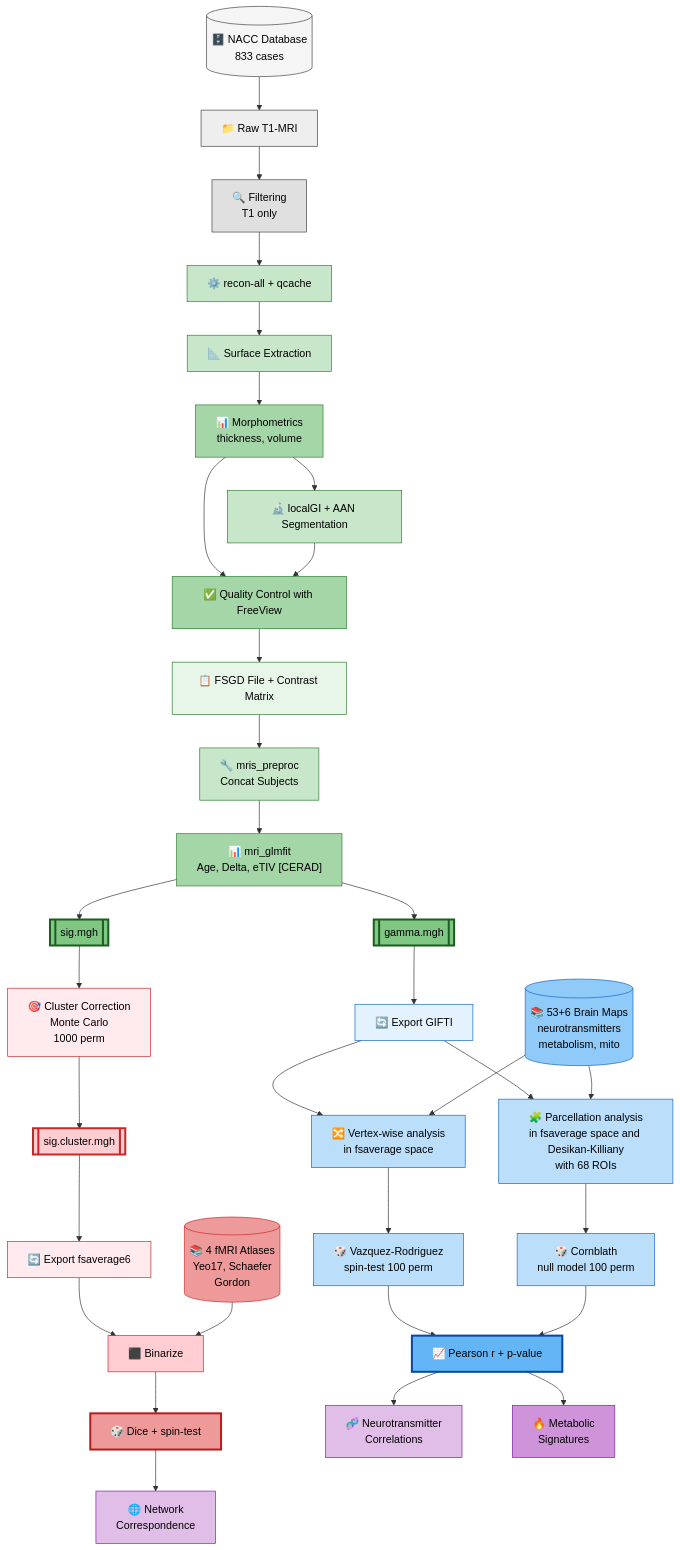
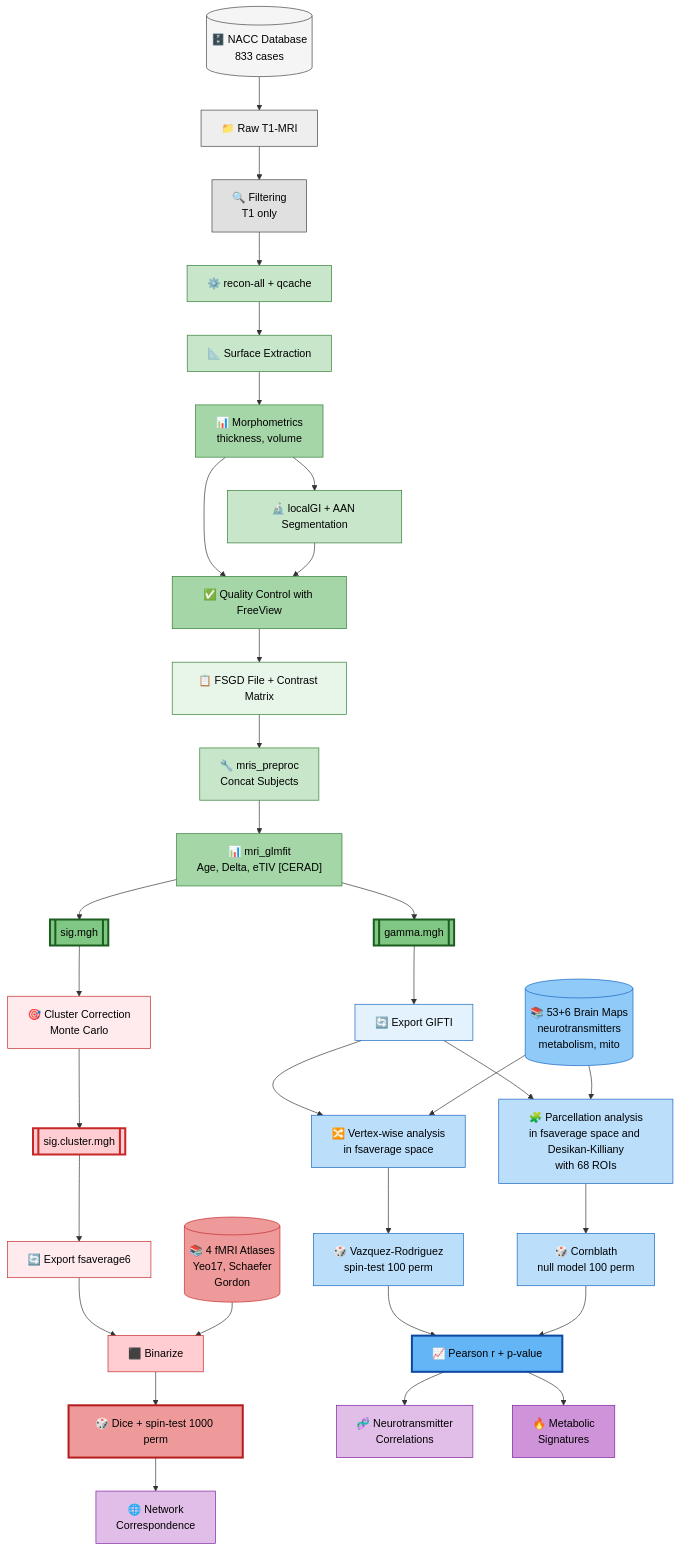
Before and after one commit to luisAraujo11/Thesis: the diagram in README.md, drawn with Mermaid.

Commit message:
Final MD

````diff
--- a/README.md
+++ b/README.md
@@ -20,82 +20,82 @@
 ```mermaid
 flowchart TD
     %% DATA INPUT
     A1[("🗄️ NACC Database<br/>833 cases")] --> A2["📁 Raw T1-MRI"] --> A3["🔍 Filtering<br/>T1 only"]
     
     %% FREESURFER
     A3 --> B1["⚙️ recon-all + qcache"]
     B1 --> B2["📐 Surface Extraction"] --> B3["📊 Morphometrics<br/>thickness, volume"]
     B3 --> B4["🔬 localGI + AAN Segmentation"]
     B3 --> B5["✅ Quality Control with FreeView"]
     B4 --> B5
     
     %% GROUP ANALYSIS
     B5 --> C1["📋 FSGD File + Contrast Matrix"]
     C1 --> C2["🔧 mris_preproc<br/>Concat Subjects"] --> C3["📊 mri_glmfit<br/>Age, Delta, eTIV [CERAD]"]
     C3 --> C4[["gamma.mgh"]]
     C3 --> C5[["sig.mgh"]]
     
     %% NEUROMAPS BRANCH - TWO PATHS
     C4 --> D1["🔄 Export GIFTI"]
     
     %% Vertex-wise path
     D1 --> D2a["🔀 Vertex-wise analysis<br/> in fsaverage space"]
     D3[("📚 53+6 Brain Maps<br/>neurotransmitters<br/>metabolism, mito")] --> D2a
     D2a --> D4a["🎲 Vazquez-Rodriguez<br/>spin-test 100 perm"]
     
     %% Parcellated path
     D1 --> D2b["🧩 Parcellation analysis<br/>in fsaverage space and Desikan-Killiany<br/>with 68 ROIs"]
     D3 --> D2b
     D2b --> D4b["🎲 Cornblath<br/>null model 100 perm"]
     
     %% Merge results
     D4a --> D5["📈 Pearson r + p-value"]
     D4b --> D5
     
     %% NCT BRANCH
-    C5 --> E1["🎯 Cluster Correction<br/>Monte Carlo<br/>1000 perm"] --> E2[["sig.cluster.mgh"]]
+    C5 --> E1["🎯 Cluster Correction<br/>Monte Carlo"] --> E2[["sig.cluster.mgh"]]
     E2 --> E3["🔄 Export fsaverage6"] --> E4["⬛ Binarize"]
     E5[("📚 4 fMRI Atlases<br/>Yeo17, Schaefer<br/>Gordon")] --> E4
-    E4 --> E6["🎲 Dice + spin-test"]
+    E4 --> E6["🎲 Dice + spin-test 1000 perm"]
     
     %% RESULTS
     D5 --> F1["🧬 Neurotransmitter<br/>Correlations"]
     D5 --> F2["🔥 Metabolic<br/>Signatures"]
     E6 --> F3["🌐 Network<br/>Correspondence"]
     
     %% STYLING
     style A1 fill:#f5f5f5,stroke:#424242,color:#000
     style A2 fill:#eeeeee,stroke:#424242,color:#000
     style A3 fill:#e0e0e0,stroke:#424242,color:#000
     
     style B1 fill:#c8e6c9,stroke:#2e7d32,color:#000
     style B2 fill:#c8e6c9,stroke:#2e7d32,color:#000
     style B3 fill:#a5d6a7,stroke:#2e7d32,color:#000
     style B4 fill:#c8e6c9,stroke:#2e7d32,color:#000
     style B5 fill:#a5d6a7,stroke:#2e7d32,color:#000
     
     style C1 fill:#e8f5e9,stroke:#2e7d32,color:#000
     style C2 fill:#c8e6c9,stroke:#2e7d32,color:#000
     style C3 fill:#a5d6a7,stroke:#2e7d32,color:#000
     style C4 fill:#81c784,stroke:#1b5e20,color:#000,stroke-width:3px
     style C5 fill:#81c784,stroke:#1b5e20,color:#000,stroke-width:3px
     
     style D1 fill:#e3f2fd,stroke:#1565c0,color:#000
     style D2a fill:#bbdefb,stroke:#1565c0,color:#000
     style D2b fill:#bbdefb,stroke:#1565c0,color:#000
     style D3 fill:#90caf9,stroke:#1565c0,color:#000
     style D4a fill:#bbdefb,stroke:#1565c0,color:#000
     style D4b fill:#bbdefb,stroke:#1565c0,color:#000
     style D5 fill:#64b5f6,stroke:#0d47a1,color:#000,stroke-width:3px
     
     style E1 fill:#ffebee,stroke:#c62828,color:#000
     style E2 fill:#ffcdd2,stroke:#c62828,color:#000,stroke-width:3px
     style E3 fill:#ffebee,stroke:#c62828,color:#000
     style E4 fill:#ffcdd2,stroke:#c62828,color:#000
     style E5 fill:#ef9a9a,stroke:#c62828,color:#000
     style E6 fill:#ef9a9a,stroke:#b71c1c,color:#000,stroke-width:3px
     
     style F1 fill:#e1bee7,stroke:#7b1fa2,color:#000
     style F2 fill:#ce93d8,stroke:#7b1fa2,color:#000
     style F3 fill:#e1bee7,stroke:#7b1fa2,color:#000
 ```
````
